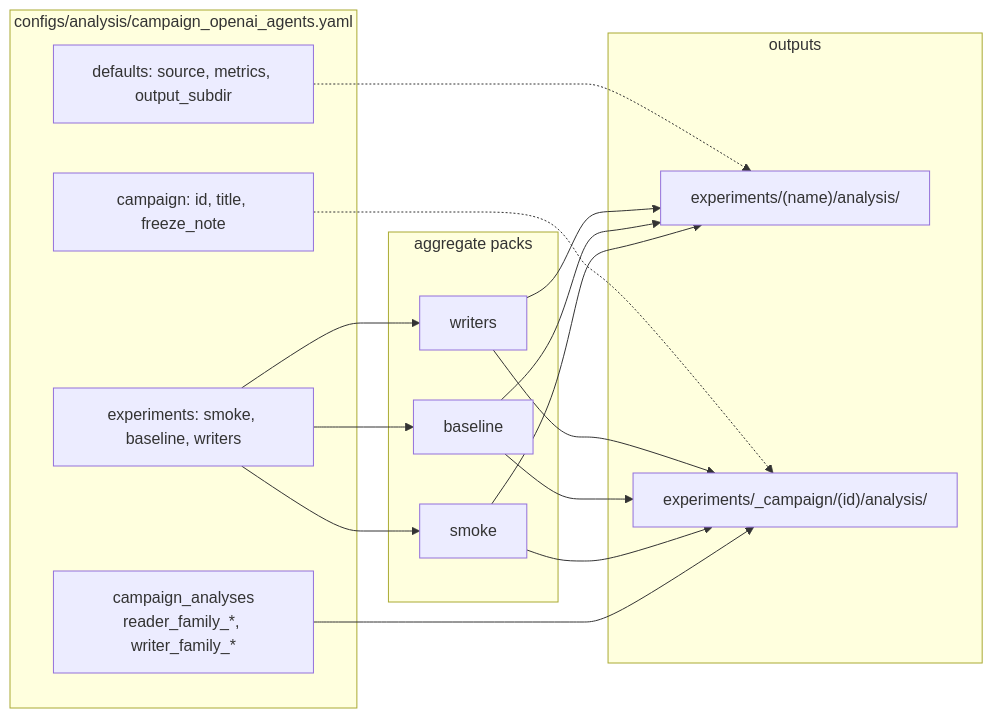
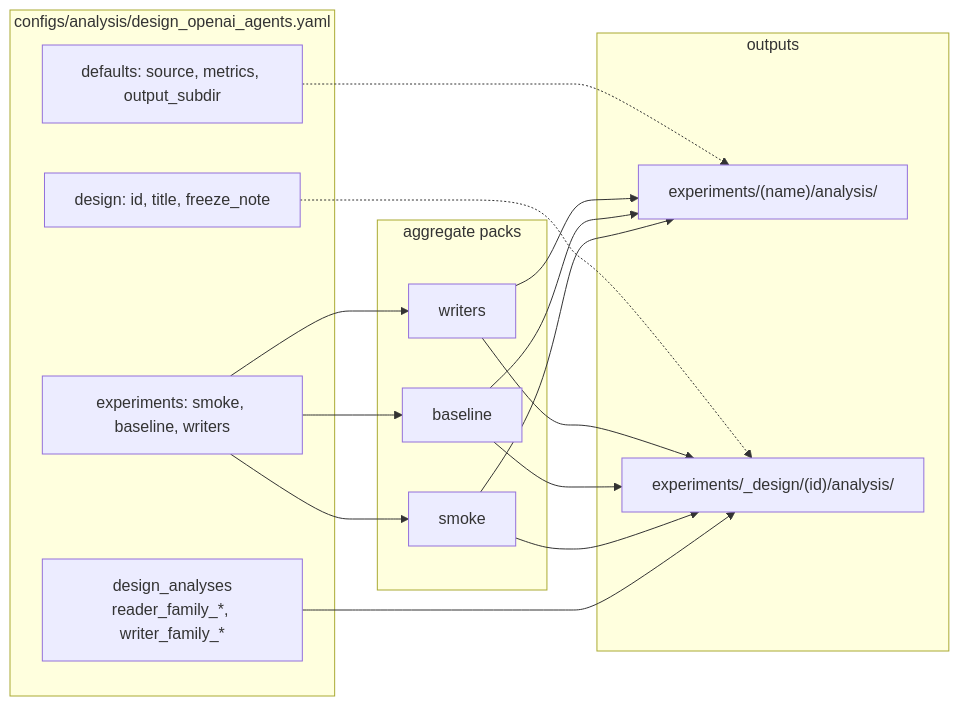
The fifth of 12 diagrams in docs/architecture.md (park-jsdev/long-term-memory-eval), drawn with Mermaid before and after one commit. The commit also changed other lines of this file and 58 other files, not shown here.

````diff
--- a/docs/architecture.md
+++ b/docs/architecture.md
@@ -316,30 +316,30 @@
 ```mermaid
 flowchart LR
-  subgraph CAMP["configs/analysis/campaign_openai_agents.yaml"]
-    CID["campaign: id, title, freeze_note"]
+  subgraph DESIGN["configs/analysis/design_openai_agents.yaml"]
+    CID["design: id, title, freeze_note"]
     DEF["defaults: source, metrics, output_subdir"]
-    CA["campaign_analyses<br/>reader_family_*, writer_family_*"]
+    CA["design_analyses<br/>reader_family_*, writer_family_*"]
     EX["experiments: smoke, baseline, writers"]
   end
 
   subgraph PACKS["aggregate packs"]
     P1["smoke"]
     P2["baseline"]
     P3["writers"]
   end
 
   subgraph OUT["outputs"]
     O1["experiments/(name)/analysis/"]
-    O2["experiments/_campaign/(id)/analysis/"]
+    O2["experiments/_design/(id)/analysis/"]
   end
 
   EX --> P1 --> O1
   EX --> P2 --> O1
   EX --> P3 --> O1
   CA --> O2
   P1 --> O2
   P2 --> O2
   P3 --> O2
   DEF -.-> O1
   CID -.-> O2
 ```
````
